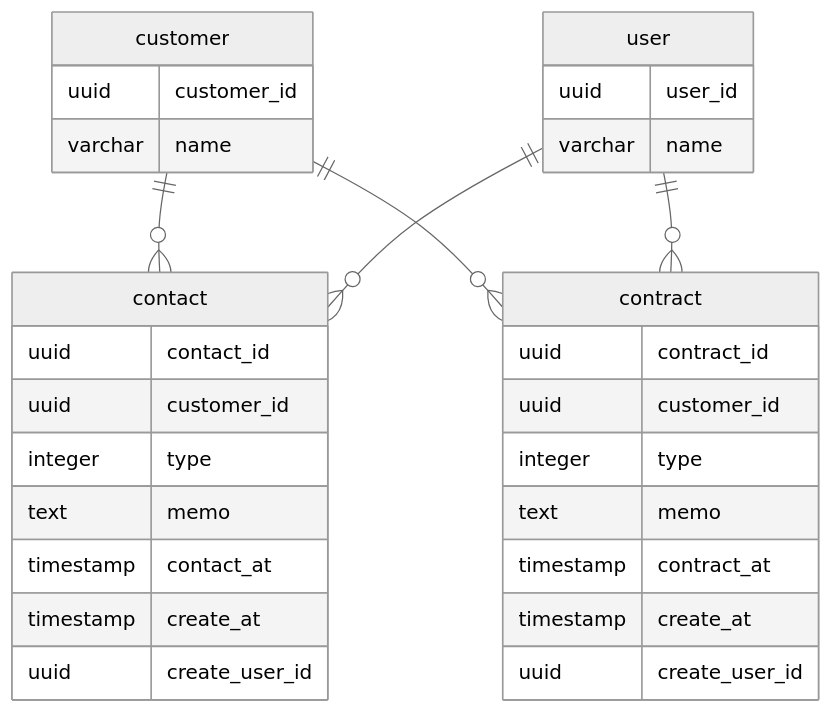
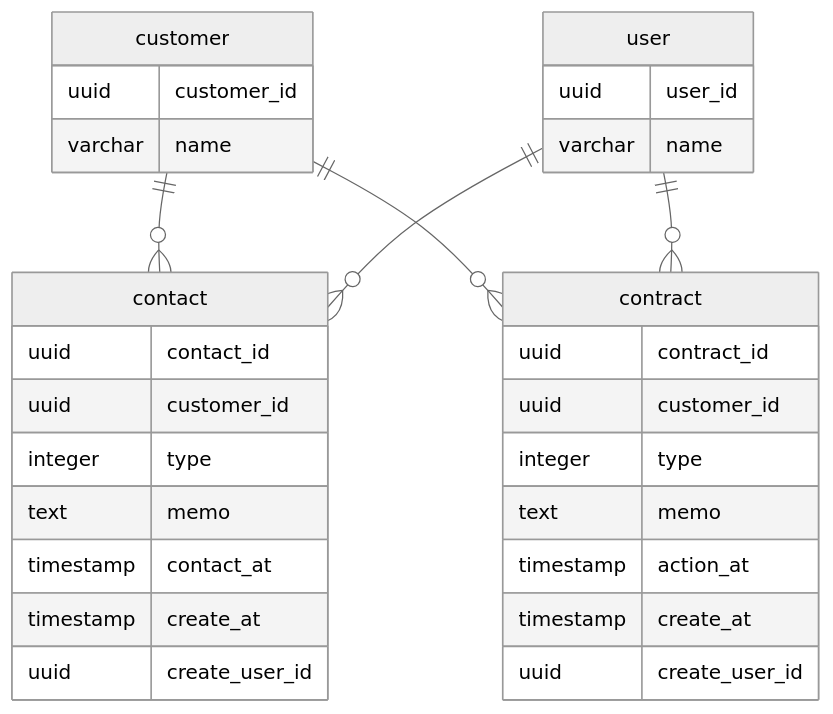
Before and after one commit to nyuusen/praha-challenge: the diagram in sql-anti-pattern/5/README.md, drawn with Mermaid (neutral theme).

Commit message:
fix: 契約日時カラム名を修正

````diff
--- a/sql-anti-pattern/5/README.md
+++ b/sql-anti-pattern/5/README.md
@@ -36,39 +36,39 @@
 ```mermaid
 erDiagram
 
 customer ||--o{ contact: ""
 customer ||--o{ contract: ""
 user ||--o{ contact: ""
 user ||--o{ contract: ""
 
 customer {
   uuid customer_id
   varchar name
 }
 
 user {
   uuid user_id
   varchar name
 }
 
 contact {
   uuid contact_id
   uuid customer_id
   integer type
   text memo
   timestamp contact_at
   timestamp create_at
   uuid create_user_id
 }
 
 contract {
   uuid contract_id
   uuid customer_id
   integer type
   text memo
-  timestamp contract_at
+  timestamp action_at
   timestamp create_at
   uuid create_user_id
 }
 
 ```
````
